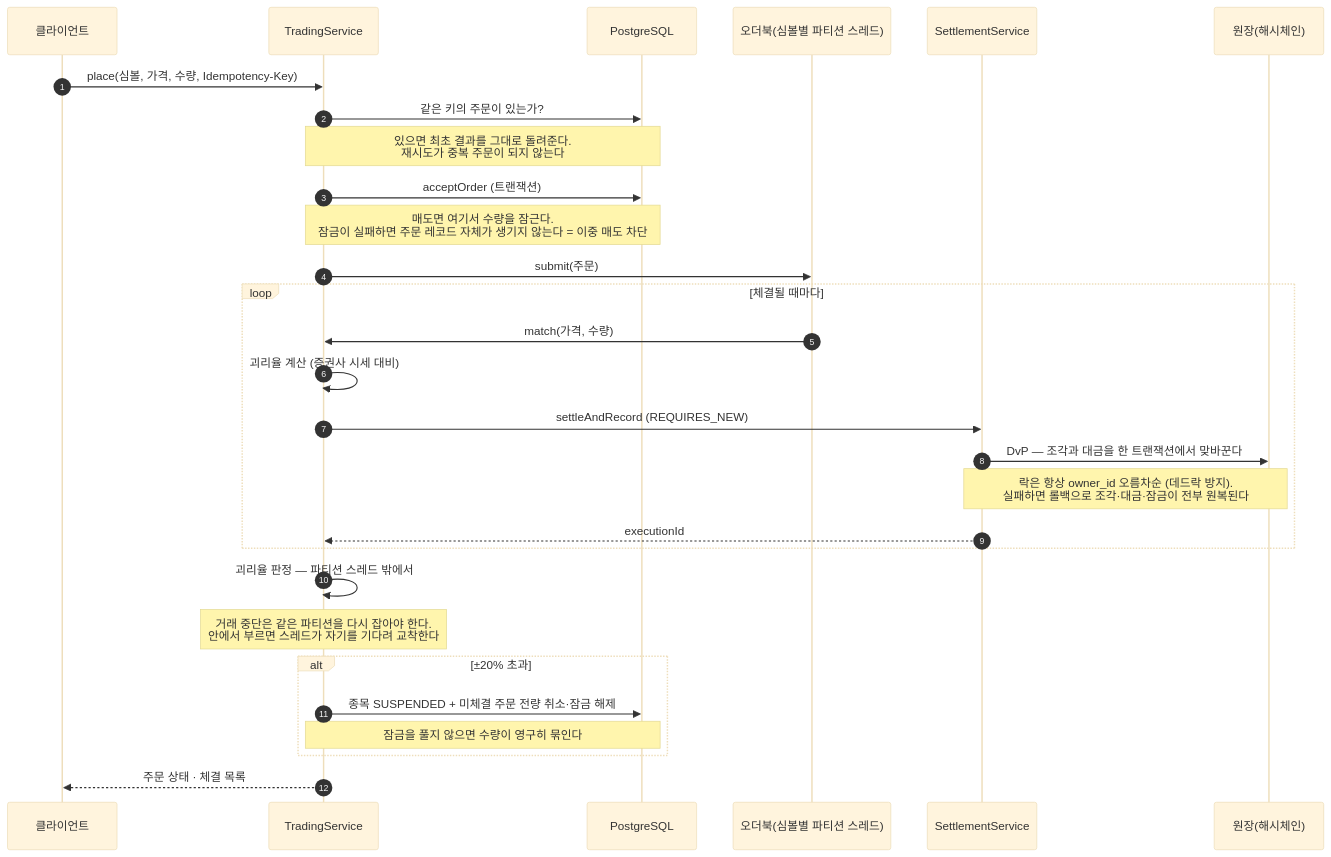
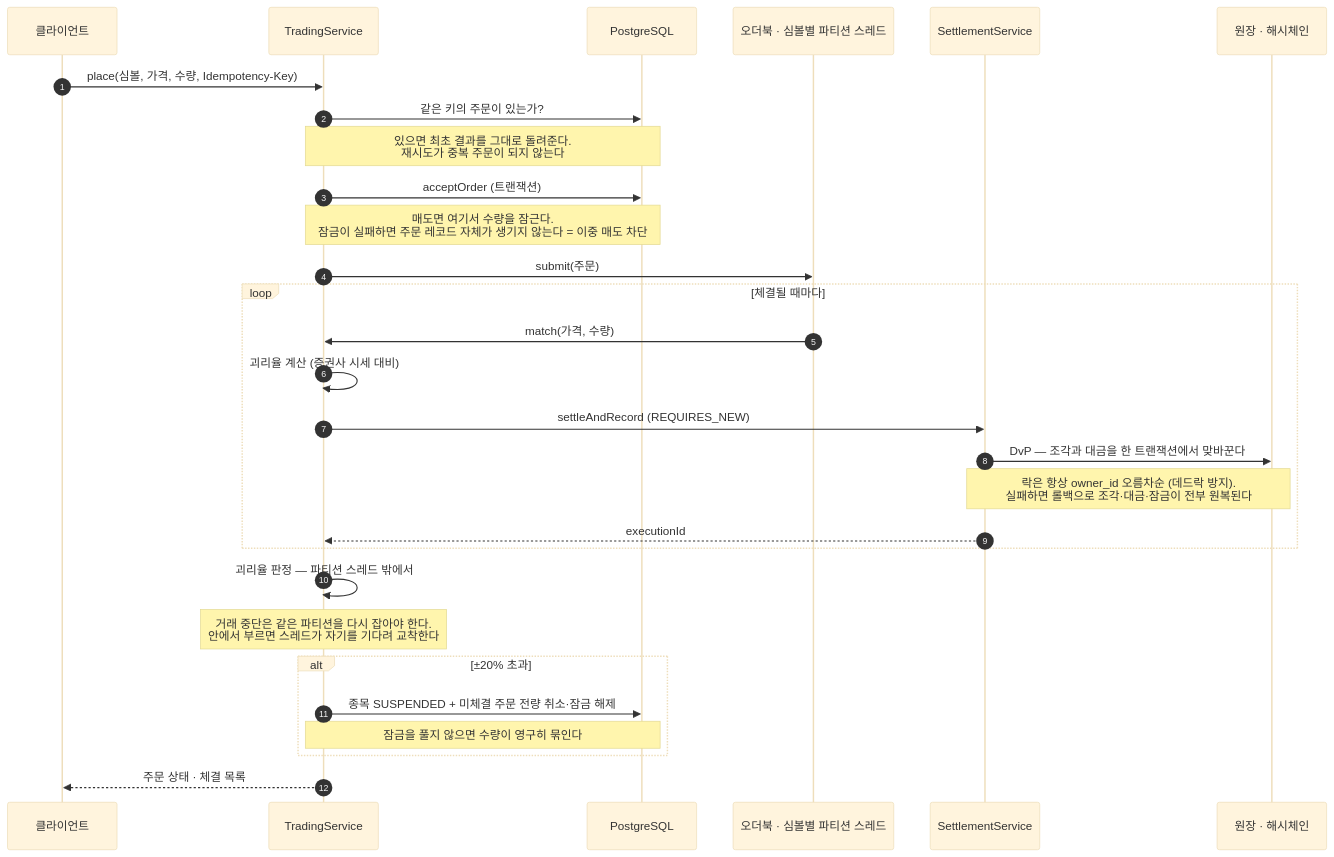
The fourth of 4 diagrams in README.md (JosephHsm/fracta), drawn with Mermaid (base theme) before and after one commit. The commit also changed other lines of this file and 1 other file, not shown here.

First line of the commit message:
docs: 트러블슈팅 9번째 항목 + mermaid 참가자 별칭 괄호 제거

````diff
--- a/README.md
+++ b/README.md
@@ -273,32 +273,32 @@
 ```mermaid
 sequenceDiagram
     autonumber
     participant C as 클라이언트
     participant T as TradingService
     participant DB as PostgreSQL
-    participant OB as 오더북(심볼별 파티션 스레드)
+    participant OB as 오더북 · 심볼별 파티션 스레드
     participant SE as SettlementService
-    participant LG as 원장(해시체인)
+    participant LG as 원장 · 해시체인
 
     C->>T: place(심볼, 가격, 수량, Idempotency-Key)
     T->>DB: 같은 키의 주문이 있는가?
     Note over T,DB: 있으면 최초 결과를 그대로 돌려준다.<br/>재시도가 중복 주문이 되지 않는다
     T->>DB: acceptOrder (트랜잭션)
     Note over T,DB: 매도면 여기서 수량을 잠근다.<br/>잠금이 실패하면 주문 레코드 자체가 생기지 않는다 = 이중 매도 차단
     T->>OB: submit(주문)
     loop 체결될 때마다
         OB->>T: match(가격, 수량)
         T->>T: 괴리율 계산 (증권사 시세 대비)
         T->>SE: settleAndRecord (REQUIRES_NEW)
         SE->>LG: DvP — 조각과 대금을 한 트랜잭션에서 맞바꾼다
         Note over SE,LG: 락은 항상 owner_id 오름차순 (데드락 방지).<br/>실패하면 롤백으로 조각·대금·잠금이 전부 원복된다
         SE-->>T: executionId
     end
     T->>T: 괴리율 판정 — 파티션 스레드 밖에서
     Note over T: 거래 중단은 같은 파티션을 다시 잡아야 한다.<br/>안에서 부르면 스레드가 자기를 기다려 교착한다
     alt ±20% 초과
         T->>DB: 종목 SUSPENDED + 미체결 주문 전량 취소·잠금 해제
         Note over T,DB: 잠금을 풀지 않으면 수량이 영구히 묶인다
     end
     T-->>C: 주문 상태 · 체결 목록
 ```
````
